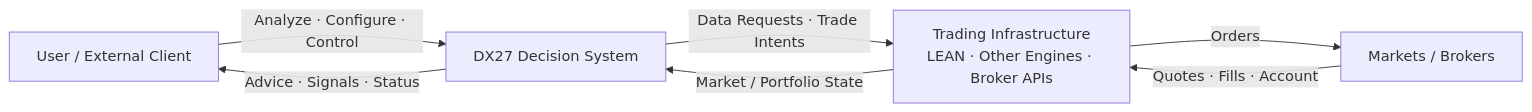
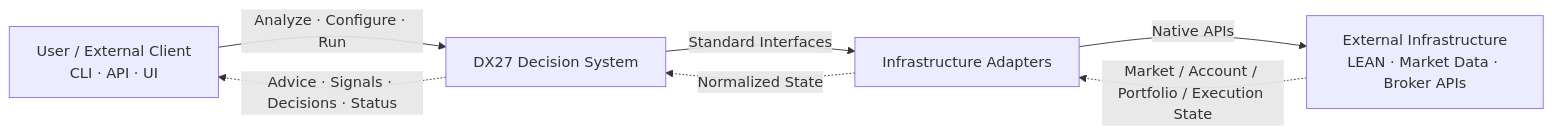
One commit to Daxoniel/DX27-Trading-Engine changed the first of 12 diagrams in docs/architecture/system-overview.md. Above: the diagram before and after it, drawn with Mermaid. The commit also changed other lines of this file and 48 other files, not shown here.

````diff
--- a/docs/architecture/system-overview.md
+++ b/docs/architecture/system-overview.md
@@ -5,18 +21,21 @@
 ```mermaid
 flowchart LR
 
-    User["User / External Client"]
+    User["User / External Client<br/>CLI · API · UI"]
 
     DX27["DX27 Decision System"]
 
-    Infra["Trading Infrastructure<br/>LEAN · Other Engines · Broker APIs"]
+    Adapters["Infrastructure Adapters"]
 
-    Market["Markets / Brokers"]
+    External["External Infrastructure<br/>LEAN · Market Data · Broker APIs"]
 
-    User -->|Analyze · Configure · Control| DX27
-    DX27 -->|Data Requests · Trade Intents| Infra
-    Infra -->|Market / Portfolio State| DX27
-    Infra -->|Orders| Market
-    Market -->|Quotes · Fills · Account| Infra
-    DX27 -->|Advice · Signals · Status| User
+    User -->|Analyze · Configure · Run| DX27
+
+    DX27 -->|Standard Interfaces| Adapters
+    Adapters -->|Native APIs| External
+
+    External -.->|Market / Account / Portfolio / Execution State| Adapters
+    Adapters -.->|Normalized State| DX27
+
+    DX27 -.->|Advice · Signals · Decisions · Status| User
 ```
````
